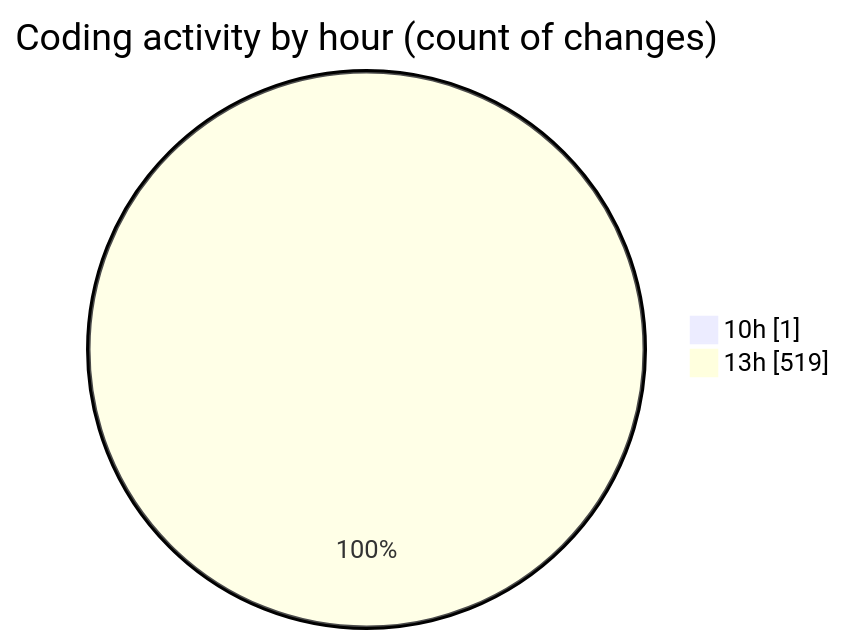
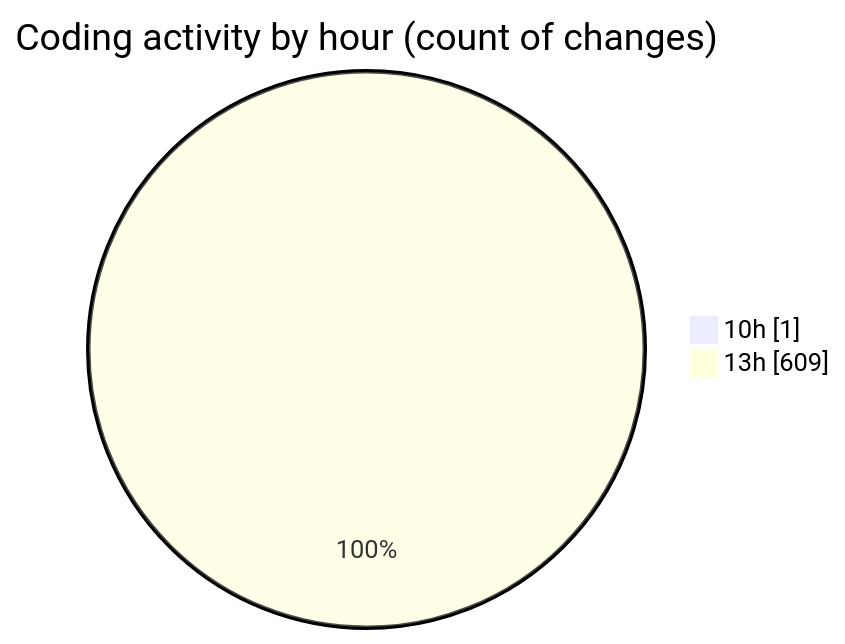
One commit to nxtqubesakshisongat/code-tracking changed the second of 2 diagrams in 2025-05-28/nxtqube_webapp/README.md. Above: the diagram before and after it, drawn with Mermaid. The commit also changed other lines of this file and 1 other file, not shown here.

````diff
--- a/2025-05-28/nxtqube_webapp/README.md
+++ b/2025-05-28/nxtqube_webapp/README.md
@@ -30,6 +31,6 @@
 ```mermaid
 pie showData
 title Coding activity by hour (count of changes)
 "10h" : 1
-"13h" : 519
+"13h" : 609
 ```
````
